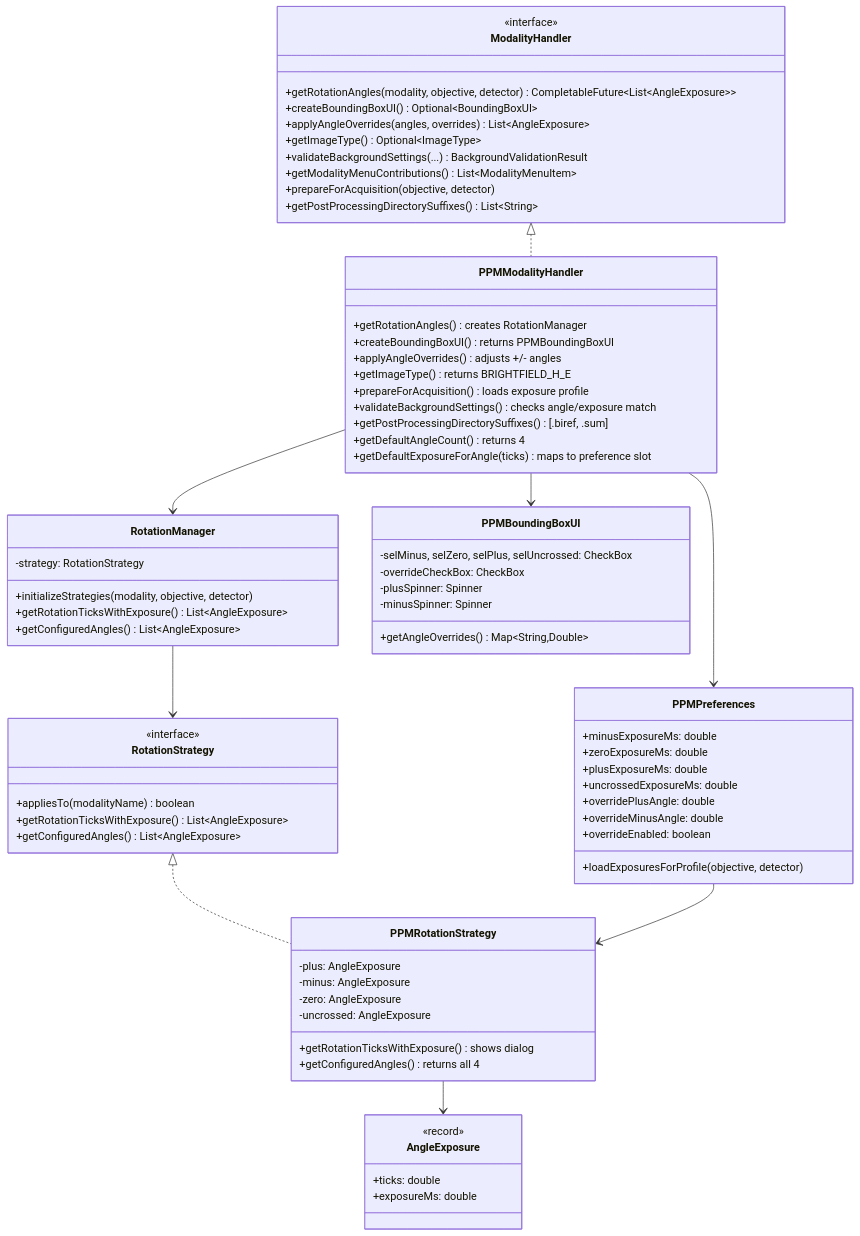
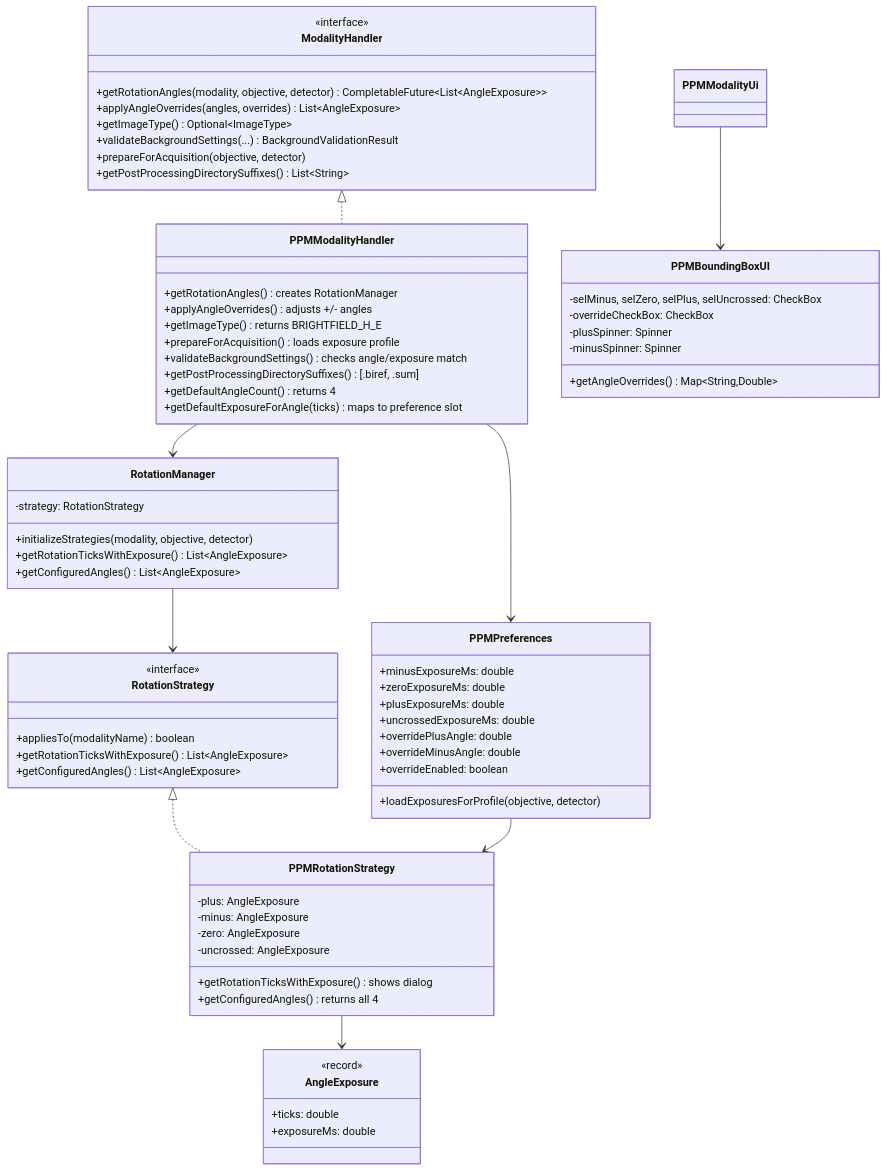
One commit to uw-loci/qupath-extension-qpsc changed the first of 5 diagrams in documentation/developer/PPM_MODALITY.md. Above: the diagram before and after it, drawn with Mermaid. The commit also changed other lines of this file and 29 other files, not shown here.

First line of the commit message:
refactor(modality): each handler's UI half moves to its ui package

```diff
--- a/documentation/developer/PPM_MODALITY.md
+++ b/documentation/developer/PPM_MODALITY.md
@@ -26,18 +26,15 @@
     class ModalityHandler {
         <<interface>>
         +getRotationAngles(modality, objective, detector) CompletableFuture~List~AngleExposure~~
-        +createBoundingBoxUI() Optional~BoundingBoxUI~
         +applyAngleOverrides(angles, overrides) List~AngleExposure~
         +getImageType() Optional~ImageType~
         +validateBackgroundSettings(...) BackgroundValidationResult
-        +getModalityMenuContributions() List~ModalityMenuItem~
         +prepareForAcquisition(objective, detector)
         +getPostProcessingDirectorySuffixes() List~String~
     }
 
     class PPMModalityHandler {
         +getRotationAngles() creates RotationManager
-        +createBoundingBoxUI() returns PPMBoundingBoxUI
         +applyAngleOverrides() adjusts +/- angles
         +getImageType() returns BRIGHTFIELD_H_E
         +prepareForAcquisition() loads exposure profile
@@ -97,7 +94,7 @@
 
     ModalityHandler <|.. PPMModalityHandler
     PPMModalityHandler --> RotationManager
-    PPMModalityHandler --> PPMBoundingBoxUI
+    PPMModalityUi --> PPMBoundingBoxUI
     PPMModalityHandler --> PPMPreferences
     RotationManager --> RotationStrategy
     RotationStrategy <|.. PPMRotationStrategy
```
